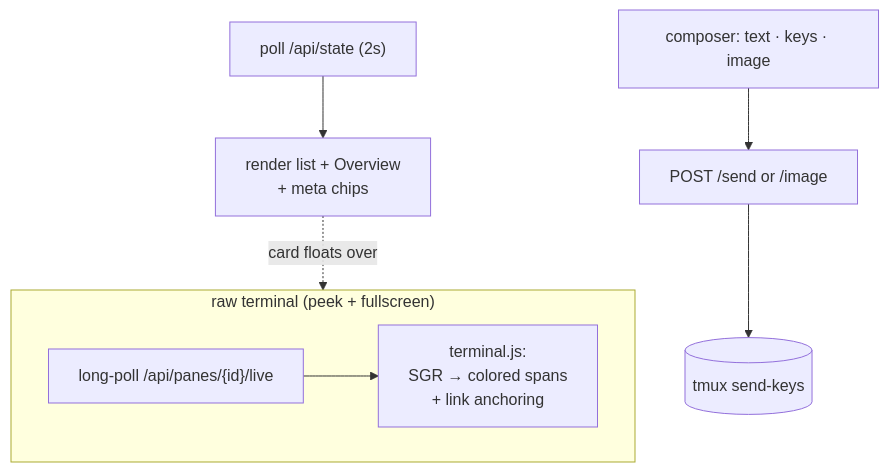
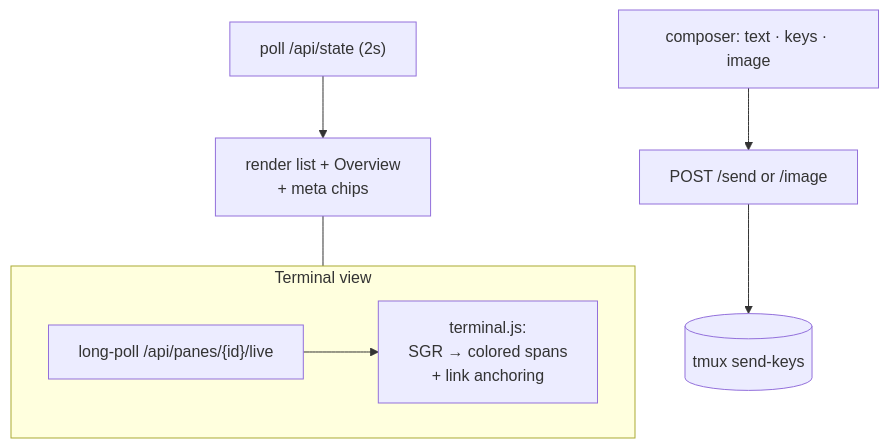
The fourth of 6 diagrams in docs/design/architecture.md (querystory/tmux-rc), drawn with Mermaid before and after one commit. The commit also changed 2 other files, not shown here.

Commit message:
Address review: count Live Mode tokens in the tooltip, drop card/peek wording from docs

````diff
--- a/docs/design/architecture.md
+++ b/docs/design/architecture.md
@@ -188,11 +188,11 @@
 ```mermaid
 flowchart TD
   poll["poll /api/state (2s)"] --> cards["render list + Overview<br/>+ meta chips"]
-  subgraph peek["raw terminal (peek + fullscreen)"]
+  subgraph peek["Terminal view"]
     live["long-poll /api/panes/{id}/live"]
     live --> render["terminal.js:<br/>SGR → colored spans<br/>+ link anchoring"]
   end
-  cards -.->|"card floats over"| peek
+  cards --- peek
   input["composer: text · keys · image"] --> send["POST /send or /image"]
   send --> tmux2[("tmux send-keys")]
 ```
````
